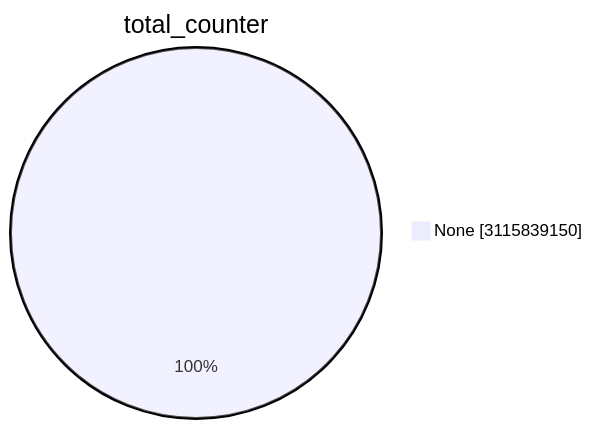
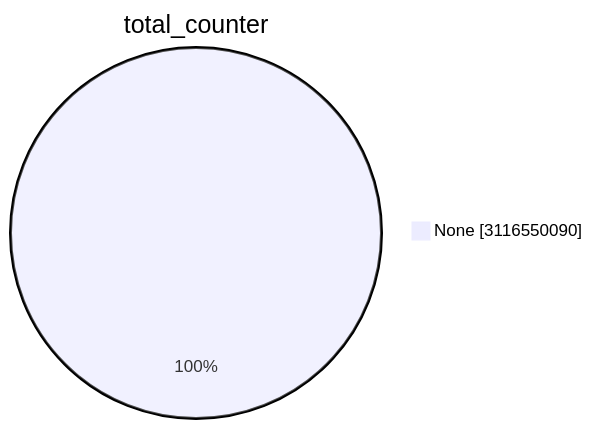
The first of 15 diagrams in TOTAL/README.md (christiankrug/ctmonitor_visualization), drawn with Mermaid before and after one commit. The commit also changed other lines of this file, not shown here.

````diff
--- a/TOTAL/README.md
+++ b/TOTAL/README.md
@@ -1,5 +1,5 @@
 ```mermaid
 pie showData
 title total_counter
-"None" :3115839150
+"None" :3116550090
 ```
````
